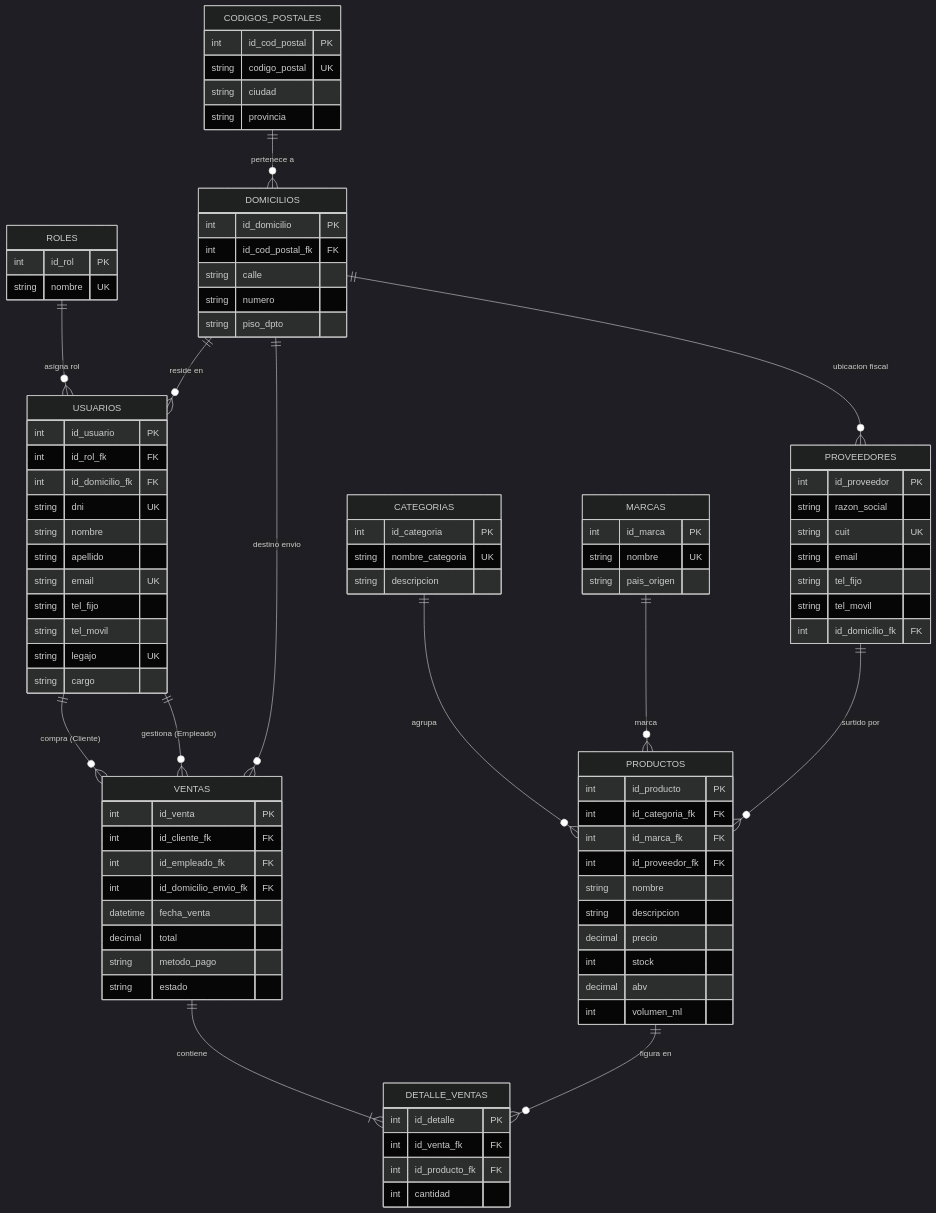
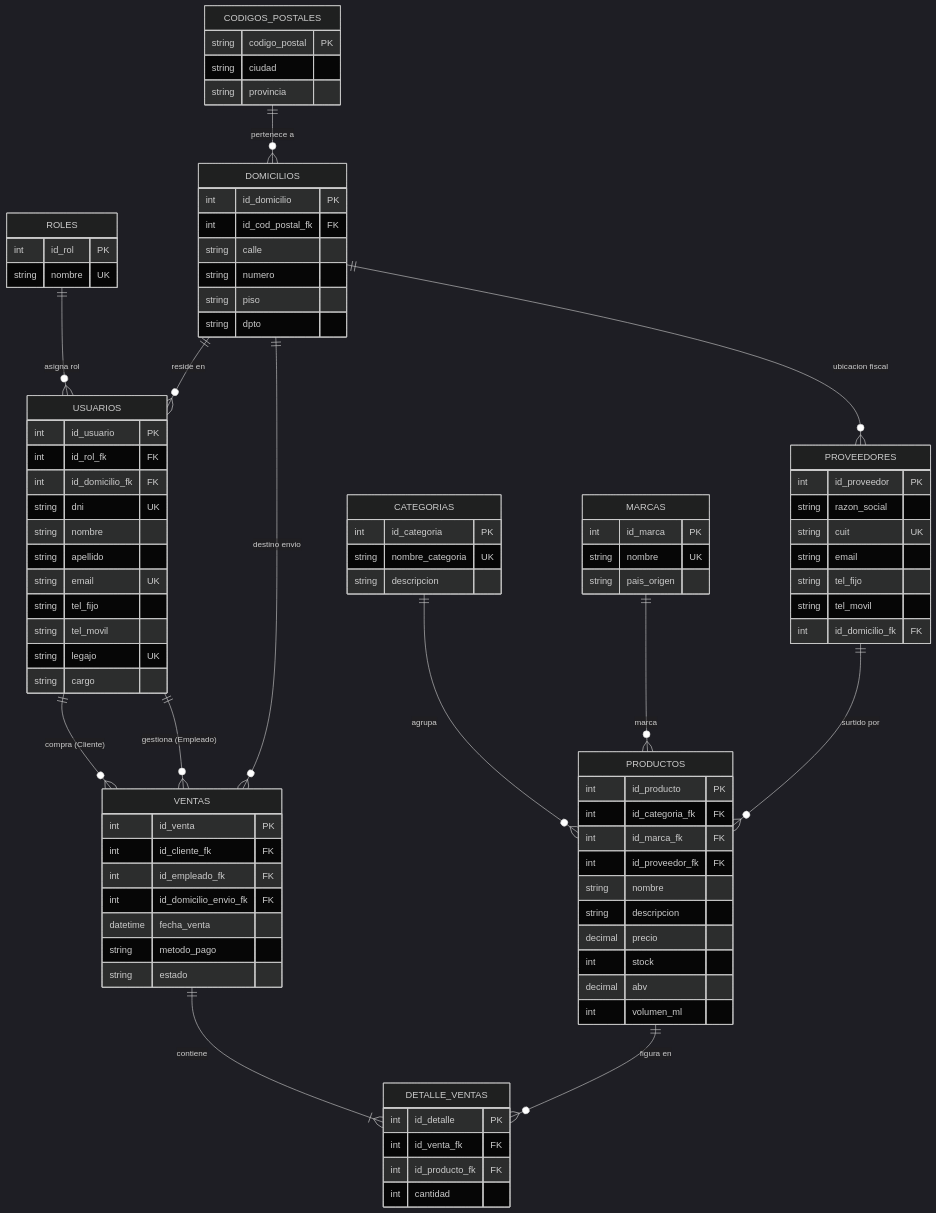
The diagram in docs/especificacion.md (caudex-nox/moonshine-ballad), drawn with Mermaid (dark theme) before and after one commit.

Commit message:
fix: actualizado mermaid a cambios anteriores

```diff
--- a/docs/especificacion.md
+++ b/docs/especificacion.md
@@ -29,8 +29,7 @@
     }
 
     CODIGOS_POSTALES {
-        int id_cod_postal PK
-        string codigo_postal UK
+        string codigo_postal PK
         string ciudad
         string provincia
     }
@@ -40,7 +39,8 @@
         int id_cod_postal_fk FK
         string calle
         string numero
-        string piso_dpto
+        string piso
+        string dpto
     }
 
     USUARIOS {
@@ -98,7 +98,6 @@
         int id_empleado_fk FK
         int id_domicilio_envio_fk FK
         datetime fecha_venta
-        decimal total
         string metodo_pago
         string estado
     }
```
